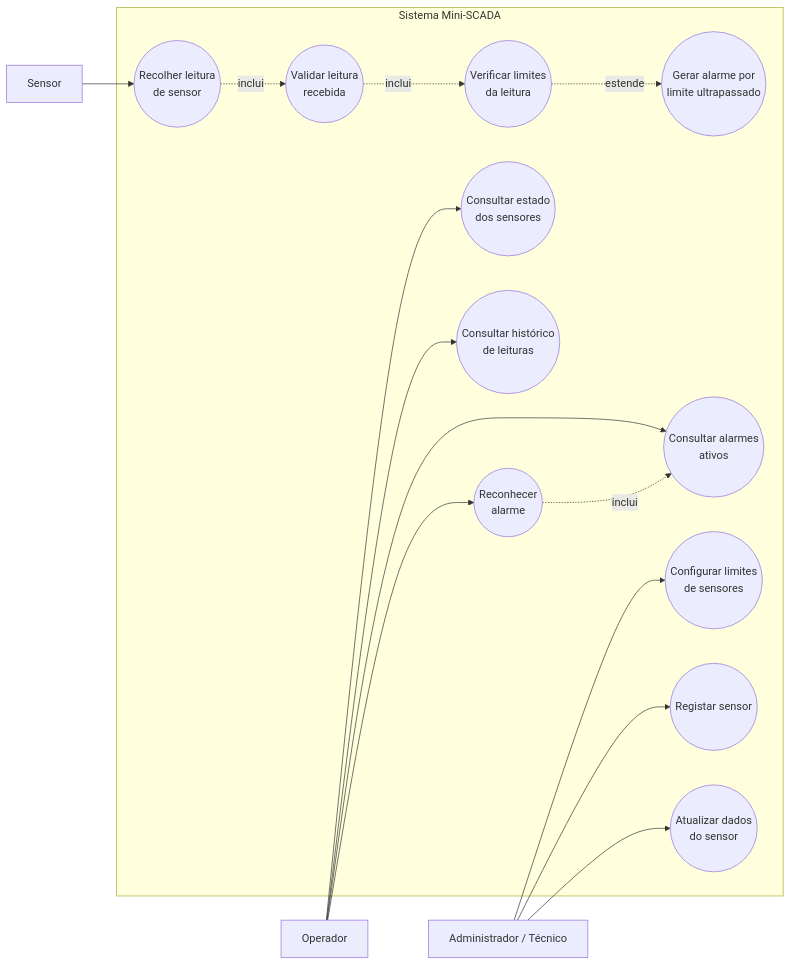
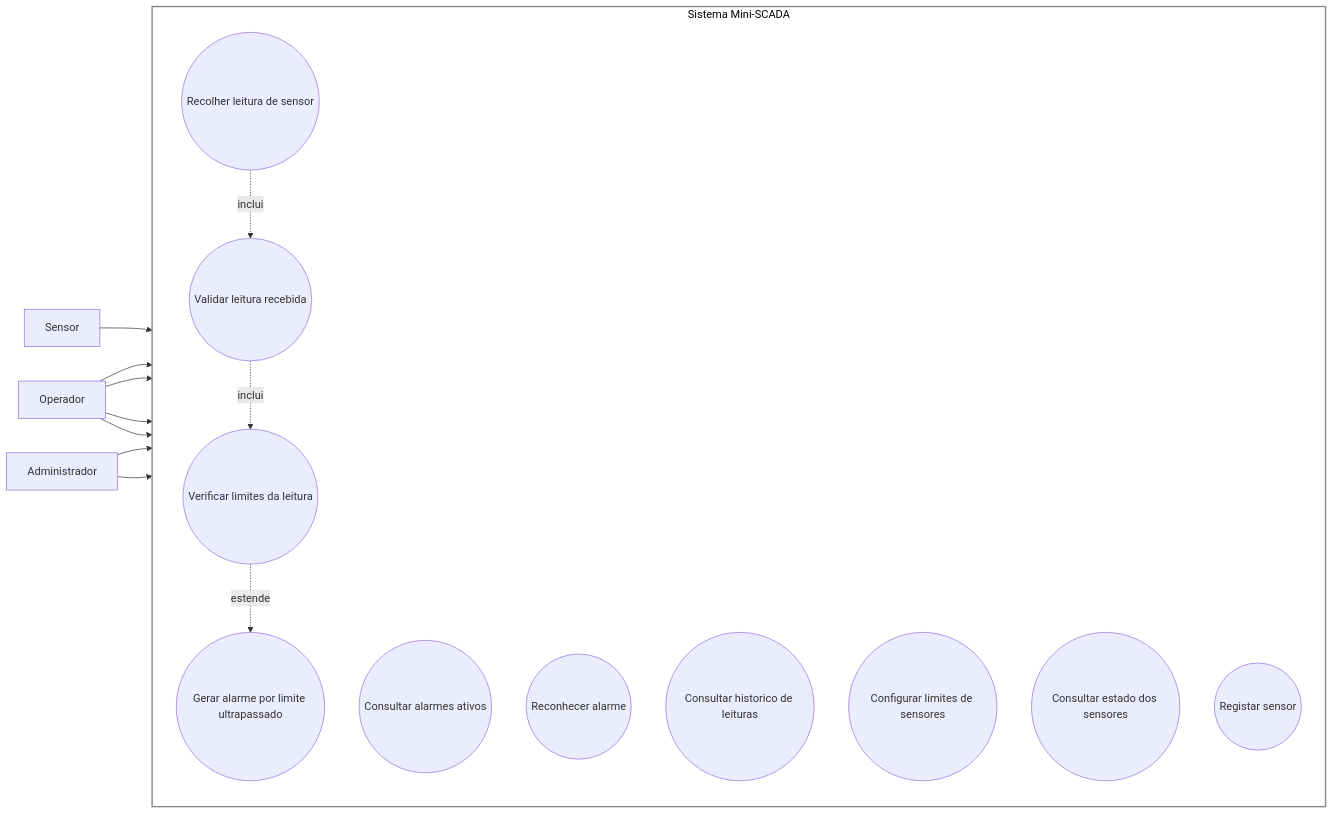
One commit to RuiAlmeida18/IESI2 changed the diagram in Casos de estudo.md. Above: the diagram before and after it, drawn with Mermaid. The commit also changed other lines of this file, not shown here.

````diff
--- a/Casos de estudo.md
+++ b/Casos de estudo.md
@@ -10,40 +1,36 @@
 ```mermaid
 flowchart LR
-
     Sensor[Sensor]
     Operador[Operador]
-    Admin[Administrador / Técnico]
+    Admin[Administrador]
 
-    subgraph Sistema["Sistema Mini-SCADA"]
-        CU01((Recolher leitura<br>de sensor))
-        CI01((Validar leitura<br>recebida))
-        CI02((Verificar limites<br>da leitura))
-        CI03((Gerar alarme por<br>limite ultrapassado))
+    subgraph Sistema [Sistema Mini-SCADA]
+        direction TB
+        CU01((Recolher leitura de sensor))
+        CU02((Validar leitura recebida))
+        CU03((Verificar limites da leitura))
+        CU04((Gerar alarme por limite ultrapassado))
+        CU05((Consultar alarmes ativos))
+        CU06((Reconhecer alarme))
+        CU07((Consultar historico de leituras))
+        CU08((Configurar limites de sensores))
+        CU09((Consultar estado dos sensores))
+        CU10((Registar sensor))
 
-        CU02((Consultar estado<br>dos sensores))
-        CU03((Consultar histórico<br>de leituras))
-        CU04((Consultar alarmes<br>ativos))
-        CU05((Reconhecer<br>alarme))
-
-        CU06((Configurar limites<br>de sensores))
-        CU07((Registar sensor))
-        CU08((Atualizar dados<br>do sensor))
+        CU01 -. inclui .-> CU02
+        CU02 -. inclui .-> CU03
+        CU03 -. estende .-> CU04
     end
 
     Sensor --> CU01
 
-    CU01 -.->|inclui| CI01
-    CI01 -.->|inclui| CI02
-    CI02 -.->|estende| CI03
+    Operador --> CU09
+    Operador --> CU07
+    Operador --> CU05
+    Operador --> CU06
 
-    Operador --> CU02
-    Operador --> CU03
-    Operador --> CU04
-    Operador --> CU05
+    Admin --> CU10
+    Admin --> CU08
 
-    CU05 -.->|inclui| CU04
-
-    Admin --> CU06
-    Admin --> CU07
-    Admin --> CU08
+    style Sistema fill:transparent,stroke:#888888,stroke-width:2px,color:#000000
 ```
````
